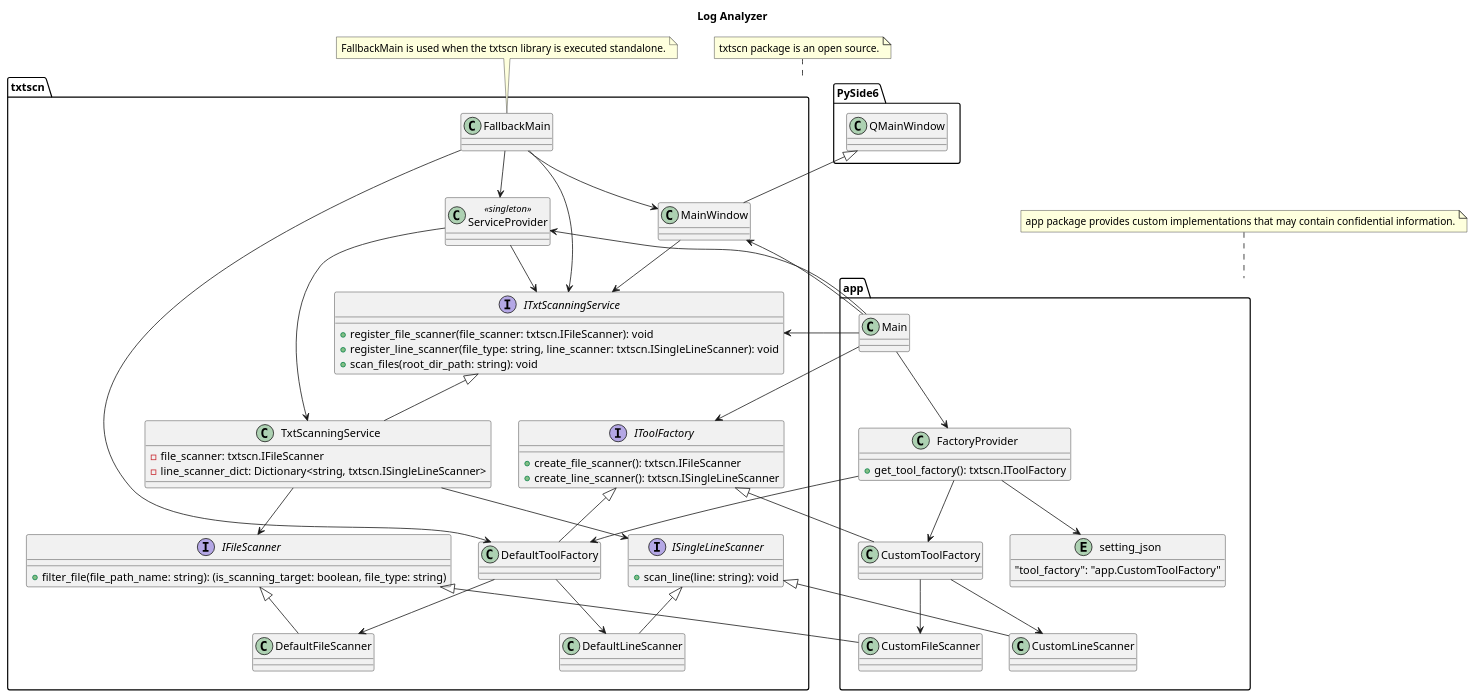
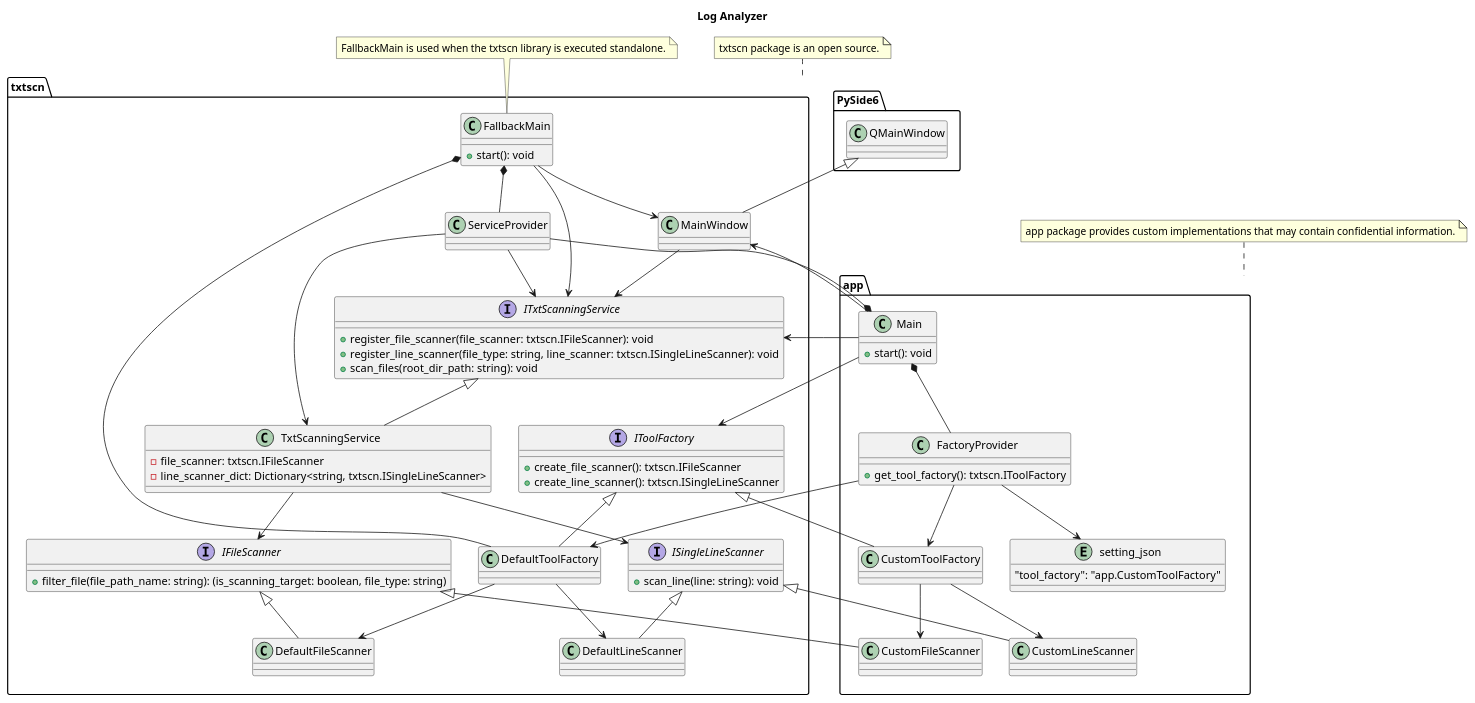
The diagram in doc/log_analyzer.puml (Takayoshi-Matsuyama/log_analyzer), drawn with PlantUML before and after one commit.

Commit message:
Updated - class diagram

```diff
--- a/doc/log_analyzer.puml
+++ b/doc/log_analyzer.puml
@@ -1,124 +1,131 @@
 @startuml log_analyzer
 
 'Copyright 2026 Takayoshi Matsuyama
 '
 'Licensed under the Apache License, Version 2.0 (the "License");
 'you may not use this file except in compliance with the License.
 'You may obtain a copy of the License at
 '
 '    http://www.apache.org/licenses/LICENSE-2.0
 '
 'Unless required by applicable law or agreed to in writing, software
 'distributed under the License is distributed on an "AS IS" BASIS,
 'WITHOUT WARRANTIES OR CONDITIONS OF ANY KIND, either express or implied.
 'See the License for the specific language governing permissions and
 'limitations under the License.
 
 title Log Analyzer
 
 interface txtscn.IFileScanner
 {
     +filter_file(file_path_name: string): (is_scanning_target: boolean, file_type: string)
 }
 
 class txtscn.DefaultFileScanner {}
 class app.CustomFileScanner {}
 
 txtscn.IFileScanner <|-- txtscn.DefaultFileScanner
 txtscn.IFileScanner <|-- app.CustomFileScanner
 
 interface txtscn.ISingleLineScanner
 {
     +scan_line(line: string): void
 }
 
 class txtscn.DefaultLineScanner {}
 class app.CustomLineScanner {}
 
 txtscn.ISingleLineScanner <|-- txtscn.DefaultLineScanner
 txtscn.ISingleLineScanner <|-- app.CustomLineScanner
 
 interface txtscn.IToolFactory
 {
     +create_file_scanner(): txtscn.IFileScanner
     +create_line_scanner(): txtscn.ISingleLineScanner
 }
 
 class txtscn.DefaultToolFactory {}
 class app.CustomToolFactory {}
 
 txtscn.IToolFactory <|-- txtscn.DefaultToolFactory
 txtscn.IToolFactory <|-- app.CustomToolFactory
 
 txtscn.DefaultToolFactory --> txtscn.DefaultFileScanner
 txtscn.DefaultToolFactory --> txtscn.DefaultLineScanner
 
 app.CustomToolFactory --> app.CustomFileScanner
 app.CustomToolFactory --> app.CustomLineScanner
 
 interface txtscn.ITxtScanningService
 {
     +register_file_scanner(file_scanner: txtscn.IFileScanner): void
     +register_line_scanner(file_type: string, line_scanner: txtscn.ISingleLineScanner): void
     +scan_files(root_dir_path: string): void
 }
 
 class txtscn.TxtScanningService
 {
     -file_scanner: txtscn.IFileScanner
     -line_scanner_dict: Dictionary<string, txtscn.ISingleLineScanner>
 }
 
 txtscn.ITxtScanningService <|-- txtscn.TxtScanningService
 txtscn.TxtScanningService --> txtscn.IFileScanner
 txtscn.TxtScanningService --> txtscn.ISingleLineScanner
 
 class PySide6.QMainWindow {}
 
 class txtscn.MainWindow {}
 
 PySide6.QMainWindow <|-- txtscn.MainWindow
 
-class txtscn.ServiceProvider <<singleton>>  {}
+class txtscn.ServiceProvider {}
 
 txtscn.ServiceProvider --> txtscn.ITxtScanningService
 txtscn.ServiceProvider --> txtscn.TxtScanningService
 
 entity app.setting_json
 {
     "tool_factory": "app.CustomToolFactory"
 }
 
 class app.FactoryProvider
  {
     +get_tool_factory(): txtscn.IToolFactory
 }
 
 app.FactoryProvider --> app.setting_json
 app.FactoryProvider --> txtscn.DefaultToolFactory
 app.FactoryProvider --> app.CustomToolFactory
 
-class txtscn.FallbackMain {}
-txtscn.FallbackMain --> txtscn.ServiceProvider
-txtscn.FallbackMain --> txtscn.DefaultToolFactory
+class txtscn.FallbackMain
+{
+    + start(): void
+}
+
+txtscn.FallbackMain *-- txtscn.ServiceProvider
+txtscn.FallbackMain *-- txtscn.DefaultToolFactory
 txtscn.FallbackMain --> txtscn.ITxtScanningService
 txtscn.FallbackMain --> txtscn.MainWindow
 
 note "FallbackMain is used when the txtscn library is executed standalone." as N1
 N1 .. txtscn.FallbackMain
 
-class app.Main {}
+class app.Main
+{
+    + start(): void
+}
 
-app.Main --> app.FactoryProvider
-app.Main --> txtscn.ServiceProvider
+app.Main *-- app.FactoryProvider
+app.Main *-- txtscn.ServiceProvider
 app.Main --> txtscn.IToolFactory
 app.Main --> txtscn.ITxtScanningService
 app.Main --> txtscn.MainWindow
 txtscn.MainWindow --> txtscn.ITxtScanningService
 
 note "txtscn package is an open source." as N2
 N2 .. txtscn
 note "app package provides custom implementations that may contain confidential information." as N3
 N3 .. app
 
 @enduml
```
